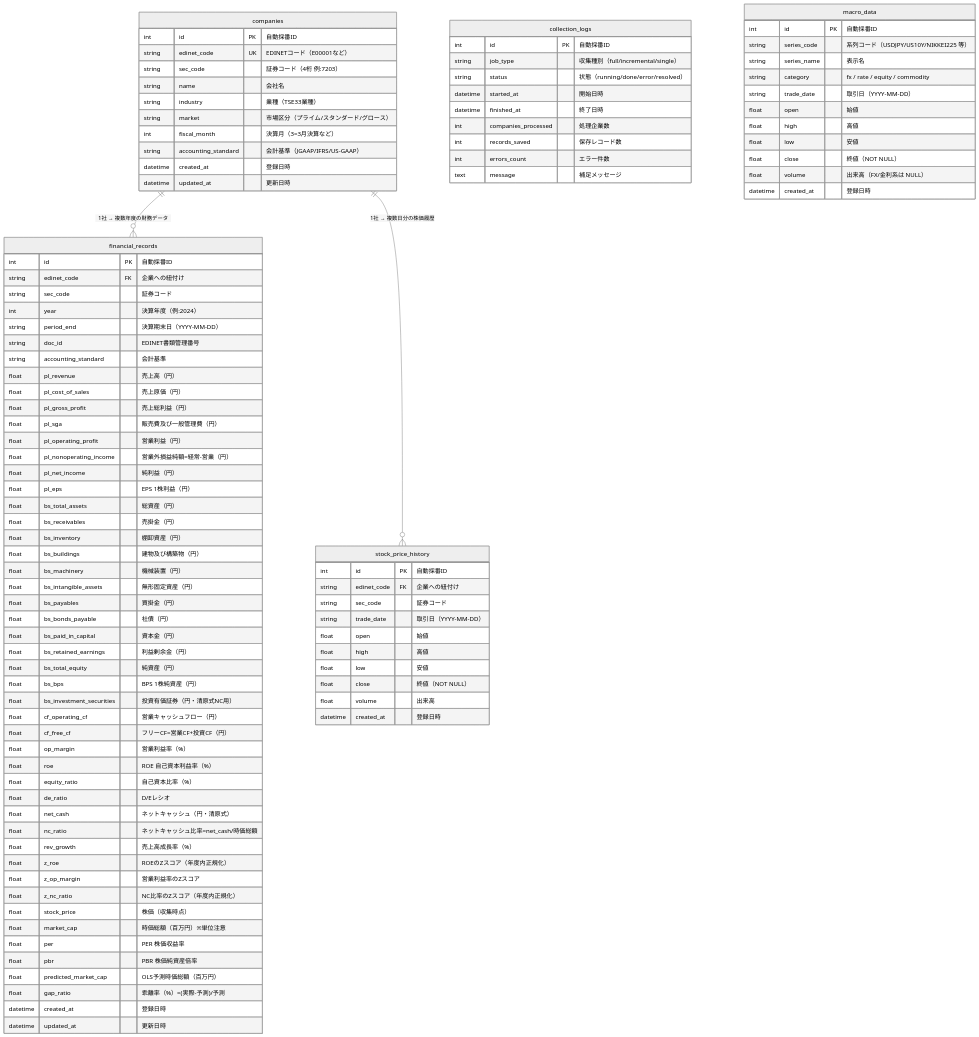
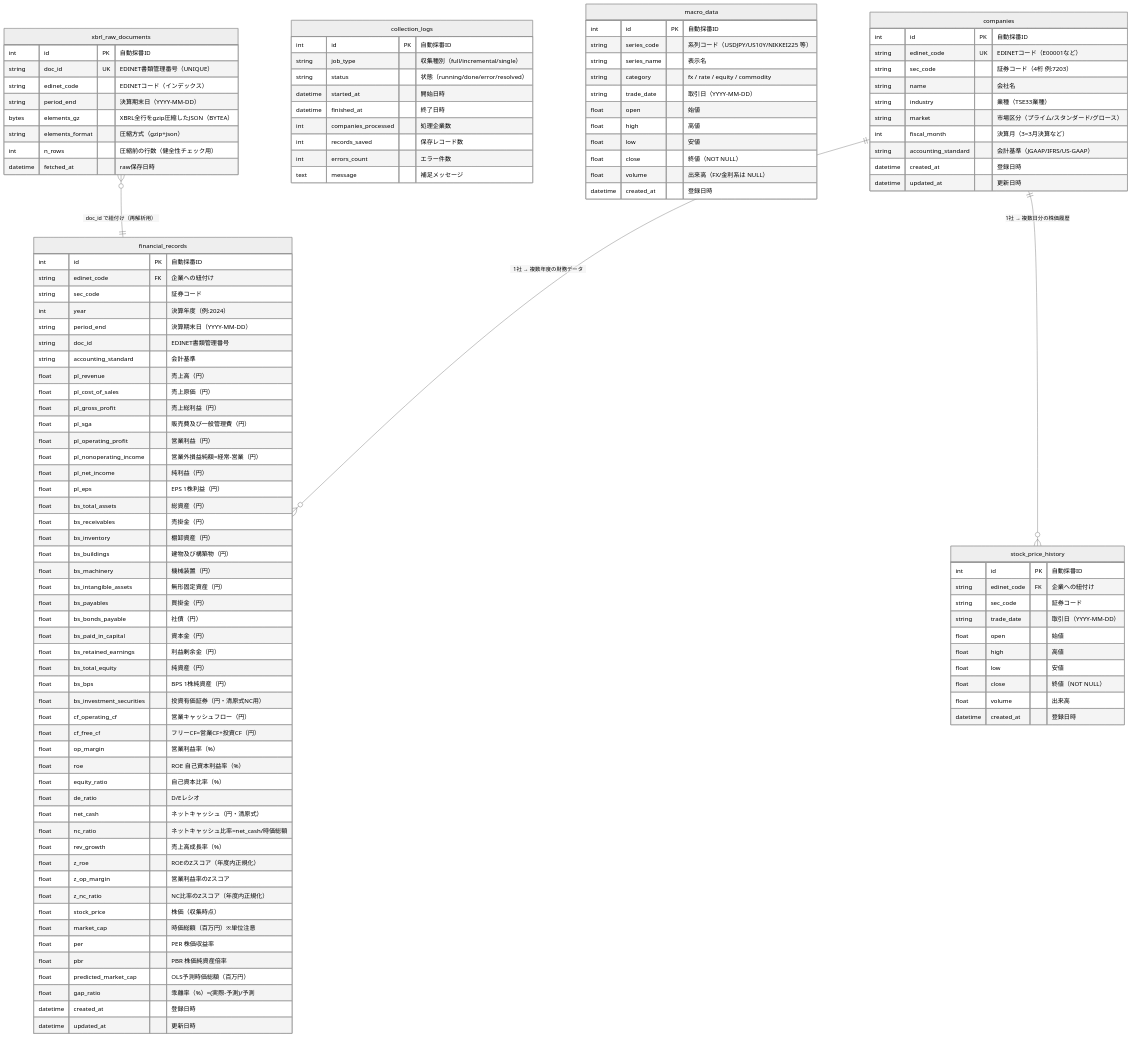
One commit to kome-kome/financial_app changed the third of 15 diagrams in docs/ARCHITECTURE.md. Above: the diagram before and after it, drawn with Mermaid (neutral theme). The commit also changed other lines of this file and 4 other files, not shown here.

````diff
--- a/docs/ARCHITECTURE.md
+++ b/docs/ARCHITECTURE.md
@@ -257,6 +257,18 @@
         datetime created_at      "登録日時"
     }
 
+    xbrl_raw_documents {
+        int      id              PK "自動採番ID"
+        string   doc_id          UK "EDINET書類管理番号（UNIQUE）"
+        string   edinet_code        "EDINETコード（インデックス）"
+        string   period_end         "決算期末日（YYYY-MM-DD）"
+        bytes    elements_gz        "XBRL全行をgzip圧縮したJSON（BYTEA）"
+        string   elements_format    "圧縮方式（gzip+json）"
+        int      n_rows             "圧縮前の行数（健全性チェック用）"
+        datetime fetched_at         "raw保存日時"
+    }
+
     companies         ||--o{  financial_records    : "1社 → 複数年度の財務データ"
     companies         ||--o{  stock_price_history  : "1社 → 複数日分の株価履歴"
+    xbrl_raw_documents }o--|| financial_records   : "doc_id で紐付け（再解析用）"
 ```
````
